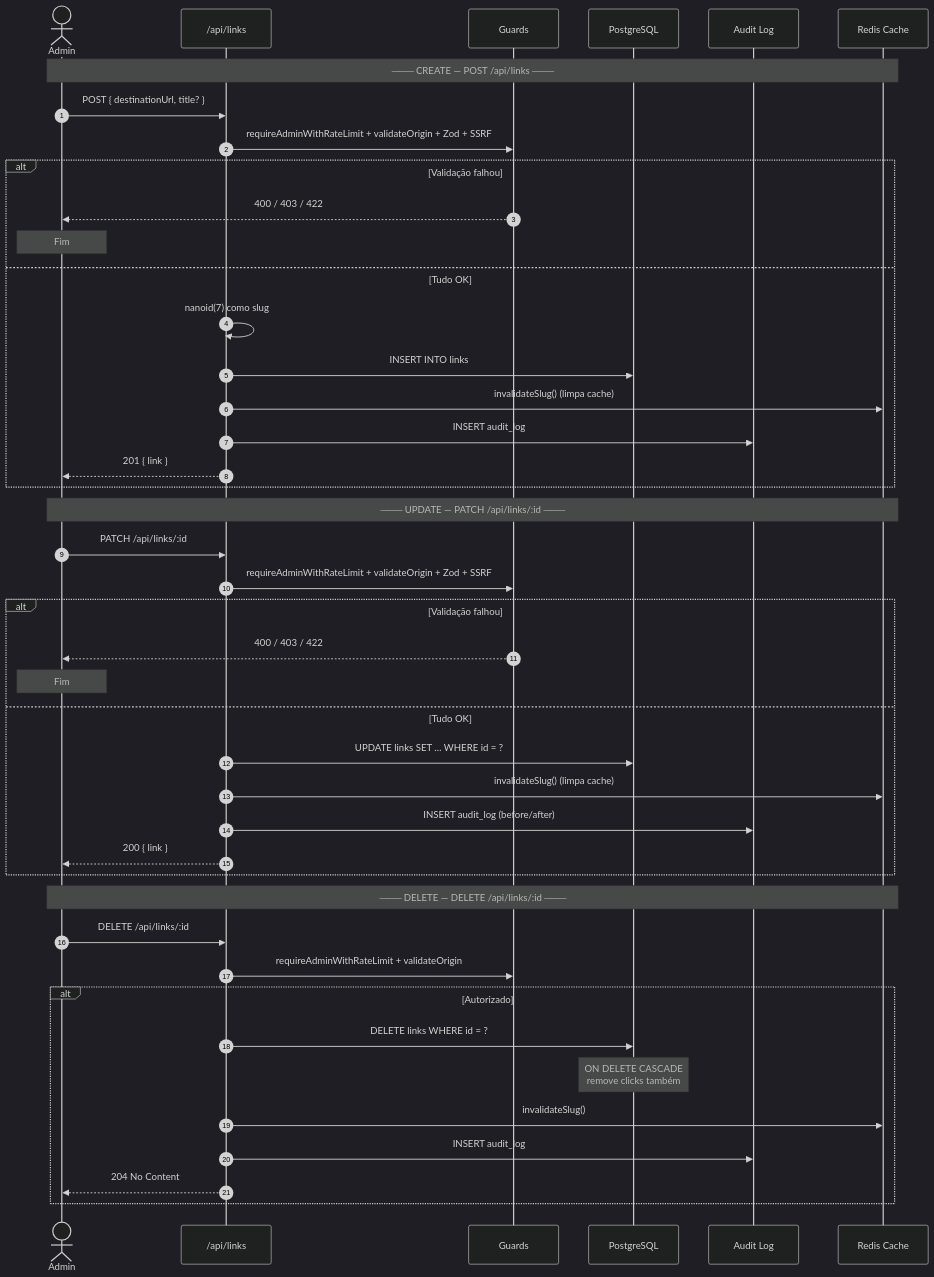
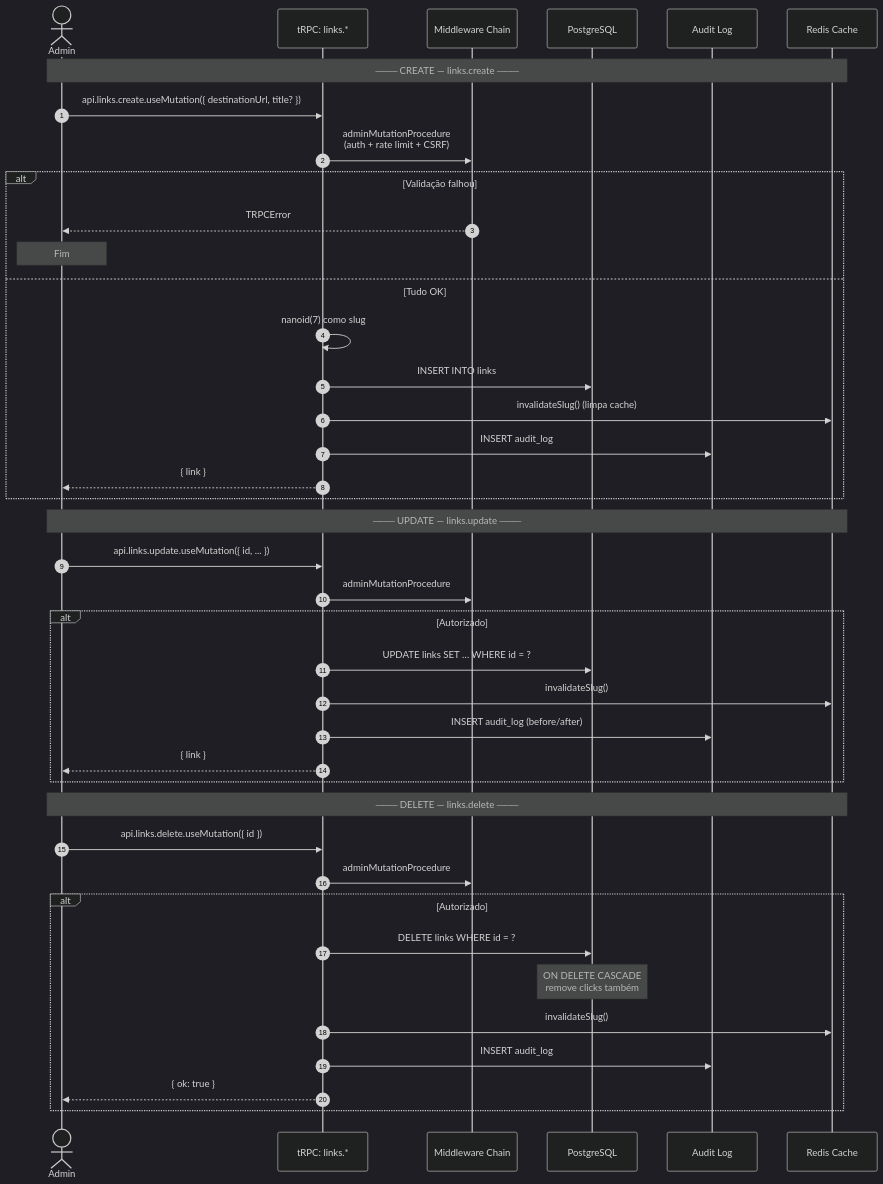
One commit to eduardoaugustolb/encurtador-url changed the third of 5 diagrams in docs/fluxo-de-dados.md. Above: the diagram before and after it, drawn with Mermaid (dark theme). The commit also changed other lines of this file and 79 other files, not shown here.

````diff
--- a/docs/fluxo-de-dados.md
+++ b/docs/fluxo-de-dados.md
@@ -101,49 +103,46 @@
 ```mermaid
 %%{init: {'sequence': {'actorMargin': 50, 'boxMargin': 18}}}%%
 sequenceDiagram
     autonumber
     actor A as Admin
-    participant API as /api/links
-    participant G as Guards
+    participant t as tRPC: links.*
+    participant M as Middleware Chain
     participant DB as PostgreSQL
     participant AUD as Audit Log
     participant C as Redis Cache
 
-    Note over A,C: ─── CREATE — POST /api/links ───
-    A->>API: POST { destinationUrl, title? }
-    API->>G: requireAdminWithRateLimit + validateOrigin + Zod + SSRF
+    Note over A,C: ─── CREATE — links.create ───
+    A->>t: api.links.create.useMutation({ destinationUrl, title? })
+    t->>M: adminMutationProcedure<br/>(auth + rate limit + CSRF)
     alt Validação falhou
-        G-->>A: 400 / 403 / 422
+        M-->>A: TRPCError
         Note over A: Fim
     else Tudo OK
-        API->>API: nanoid(7) como slug
-        API->>DB: INSERT INTO links
-        API->>C: invalidateSlug() (limpa cache)
-        API->>AUD: INSERT audit_log
-        API-->>A: 201 { link }
+        t->>t: nanoid(7) como slug
+        t->>DB: INSERT INTO links
+        t->>C: invalidateSlug() (limpa cache)
+        t->>AUD: INSERT audit_log
+        t-->>A: { link }
     end
 
-    Note over A,C: ─── UPDATE — PATCH /api/links/:id ───
-    A->>API: PATCH /api/links/:id
-    API->>G: requireAdminWithRateLimit + validateOrigin + Zod + SSRF
-    alt Validação falhou
-        G-->>A: 400 / 403 / 422
-        Note over A: Fim
-    else Tudo OK
-        API->>DB: UPDATE links SET … WHERE id = ?
-        API->>C: invalidateSlug() (limpa cache)
-        API->>AUD: INSERT audit_log (before/after)
-        API-->>A: 200 { link }
+    Note over A,C: ─── UPDATE — links.update ───
+    A->>t: api.links.update.useMutation({ id, ... })
+    t->>M: adminMutationProcedure
+    alt Autorizado
+        t->>DB: UPDATE links SET … WHERE id = ?
+        t->>C: invalidateSlug()
+        t->>AUD: INSERT audit_log (before/after)
+        t-->>A: { link }
     end
 
-    Note over A,C: ─── DELETE — DELETE /api/links/:id ───
-    A->>API: DELETE /api/links/:id
-    API->>G: requireAdminWithRateLimit + validateOrigin
+    Note over A,C: ─── DELETE — links.delete ───
+    A->>t: api.links.delete.useMutation({ id })
+    t->>M: adminMutationProcedure
     alt Autorizado
-        API->>DB: DELETE links WHERE id = ?
+        t->>DB: DELETE links WHERE id = ?
         Note over DB: ON DELETE CASCADE<br/>remove clicks também
-        API->>C: invalidateSlug()
-        API->>AUD: INSERT audit_log
-        API-->>A: 204 No Content
+        t->>C: invalidateSlug()
+        t->>AUD: INSERT audit_log
+        t-->>A: { ok: true }
     end
 ```
````
